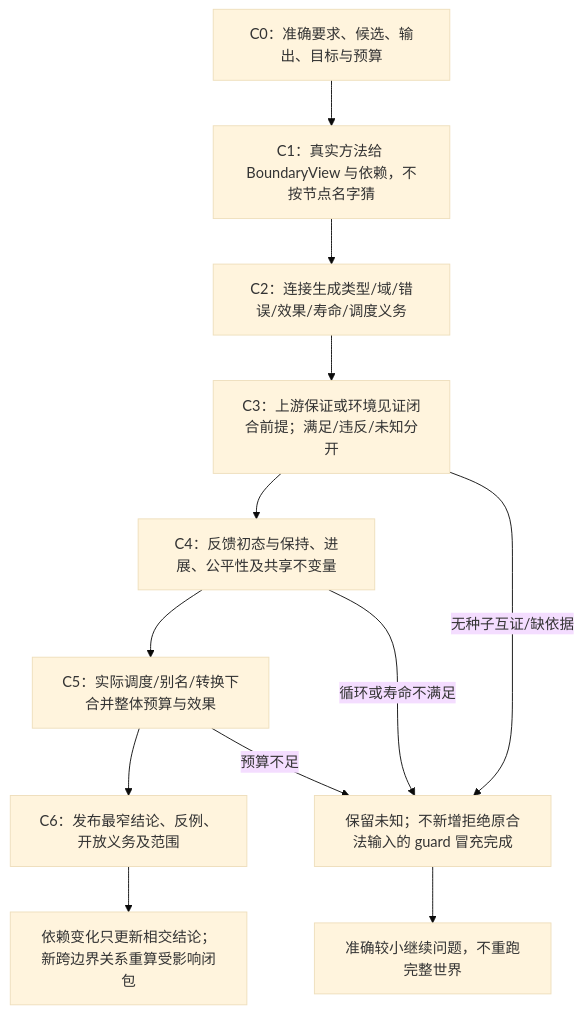
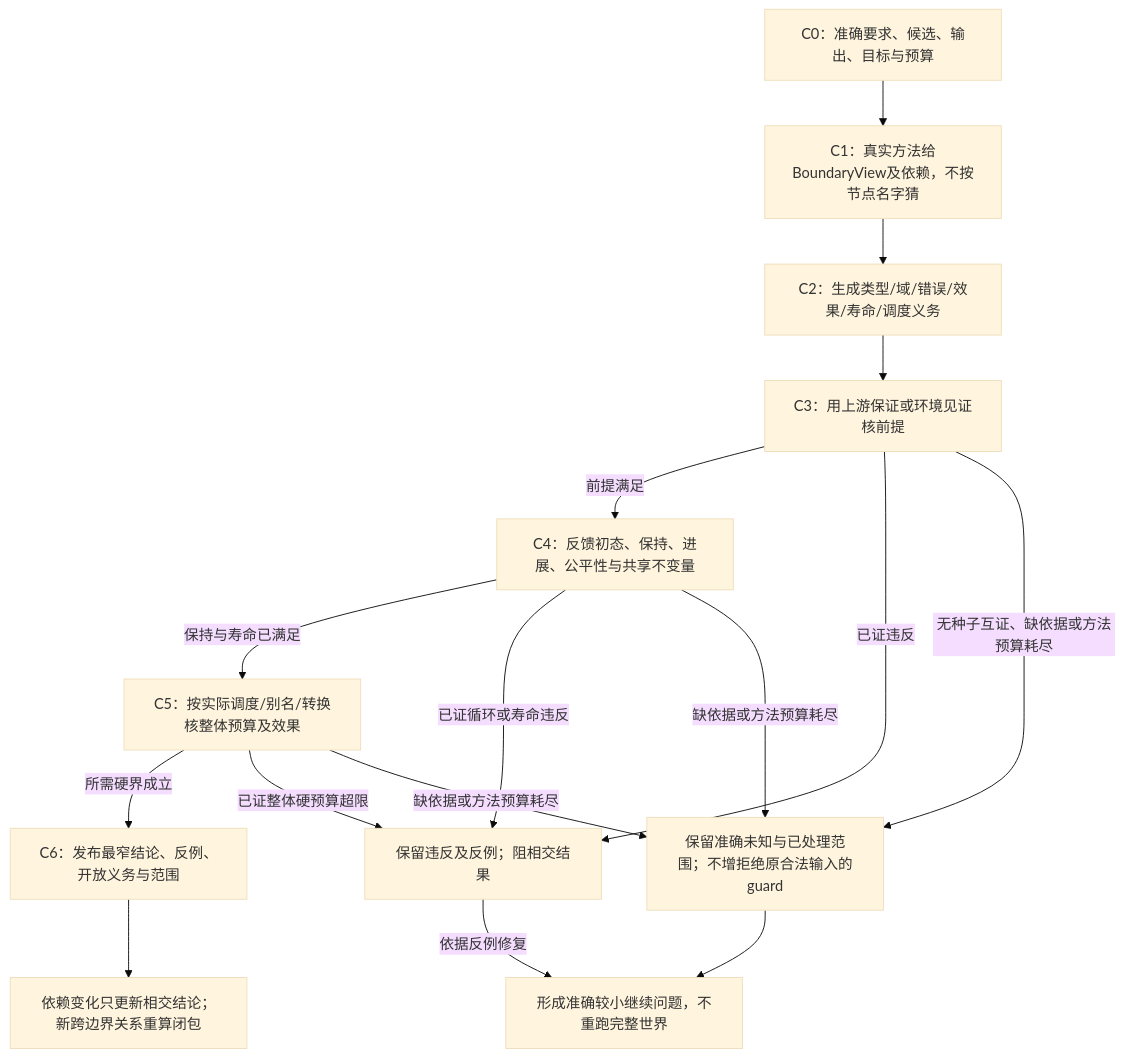
The eighth of 9 diagrams in docs/作者/共同语义关系.md (sec-platform/sec), drawn with Mermaid (base theme) before and after one commit. The commit also changed other lines of this file and 122 other files, not shown here.

First line of the commit message:
docs: unify system diagrams and remove redundant design text (#882)

````diff
--- a/docs/作者/共同语义关系.md
+++ b/docs/作者/共同语义关系.md
@@ -1275,14 +1279,18 @@
 ```mermaid
 flowchart TB
-  problem["C0：准确要求、候选、输出、目标与预算"] --> views["C1：真实方法给 BoundaryView 与依赖，不按节点名字猜"]
-  views --> edges["C2：连接生成类型/域/错误/效果/寿命/调度义务"]
-  edges --> solve["C3：上游保证或环境见证闭合前提；满足/违反/未知分开"]
-  solve --> feedback["C4：反馈初态与保持、进展、公平性及共享不变量"]
-  feedback --> budget["C5：实际调度/别名/转换下合并整体预算与效果"]
-  budget --> conclusion["C6：发布最窄结论、反例、开放义务及范围"]
-  solve -->|无种子互证/缺依据| open["保留未知；不新增拒绝原合法输入的 guard 冒充完成"]
-  feedback -->|循环或寿命不满足| open
-  budget -->|预算不足| open
-  open --> continuation["准确较小继续问题，不重跑完整世界"]
-  conclusion --> change["依赖变化只更新相交结论；新跨边界关系重算受影响闭包"]
+  problem["C0：准确要求、候选、输出、目标与预算"] --> views["C1：真实方法给BoundaryView及依赖，不按节点名字猜"]
+  views --> edges["C2：生成类型/域/错误/效果/寿命/调度义务"]
+  edges --> solve["C3：用上游保证或环境见证核前提"]
+  solve -->|前提满足| feedback["C4：反馈初态、保持、进展、公平性与共享不变量"]
+  feedback -->|保持与寿命已满足| budget["C5：按实际调度/别名/转换核整体预算及效果"]
+  budget -->|所需硬界成立| conclusion["C6：发布最窄结论、反例、开放义务与范围"]
+  solve -->|已证违反| violated["保留违反及反例；阻相交结果"]
+  feedback -->|已证循环或寿命违反| violated
+  budget -->|已证整体硬预算超限| violated
+  solve -->|无种子互证、缺依据或方法预算耗尽| open["保留准确未知与已处理范围；不增拒绝原合法输入的guard"]
+  feedback -->|缺依据或方法预算耗尽| open
+  budget -->|缺依据或方法预算耗尽| open
+  open --> continuation["形成准确较小继续问题，不重跑完整世界"]
+  violated -->|依据反例修复| continuation
+  conclusion --> change["依赖变化只更新相交结论；新跨边界关系重算闭包"]
 ```
````
